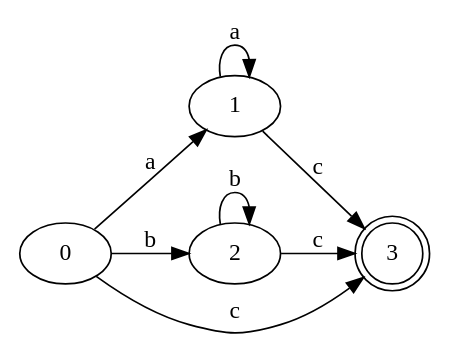
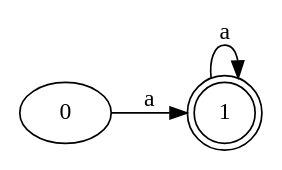
One commit to MaaarcosG/Automatas changed the diagram in Graph/DFA_Direct.gv. Above: the diagram before and after it, drawn with Graphviz. The commit also changed 13 other files, not shown here.

```diff
--- a/Graph/DFA_Direct.gv
+++ b/Graph/DFA_Direct.gv
@@ -1,14 +1,7 @@
 digraph Automata {
 	rankdir=LR
 	0 [label=0]
 	0 -> 1 [label=a]
-	0 -> 2 [label=b]
-	0 -> 3 [label=c]
-	1 [label=1]
+	1 [label=1 shape=doublecircle]
 	1 -> 1 [label=a]
-	1 -> 3 [label=c]
-	2 [label=2]
-	2 -> 2 [label=b]
-	2 -> 3 [label=c]
-	3 [label=3 shape=doublecircle]
 }
```
